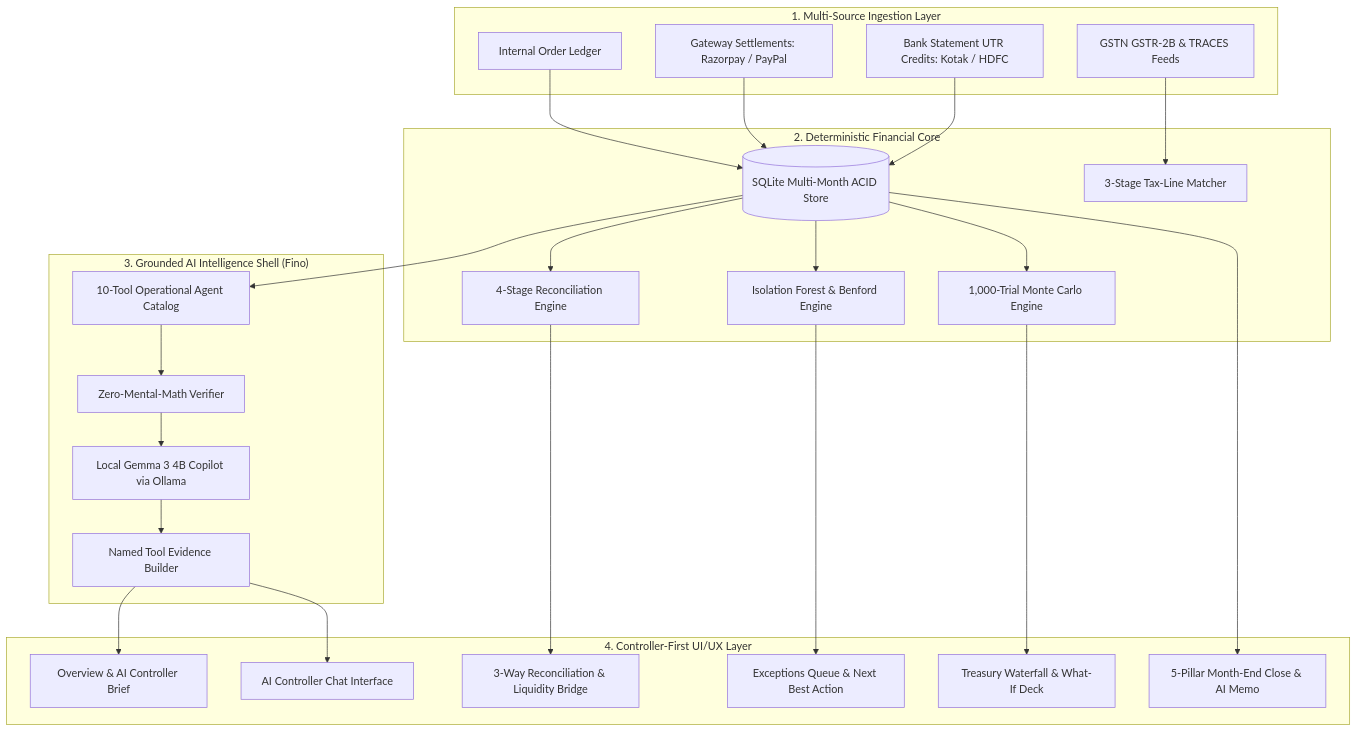
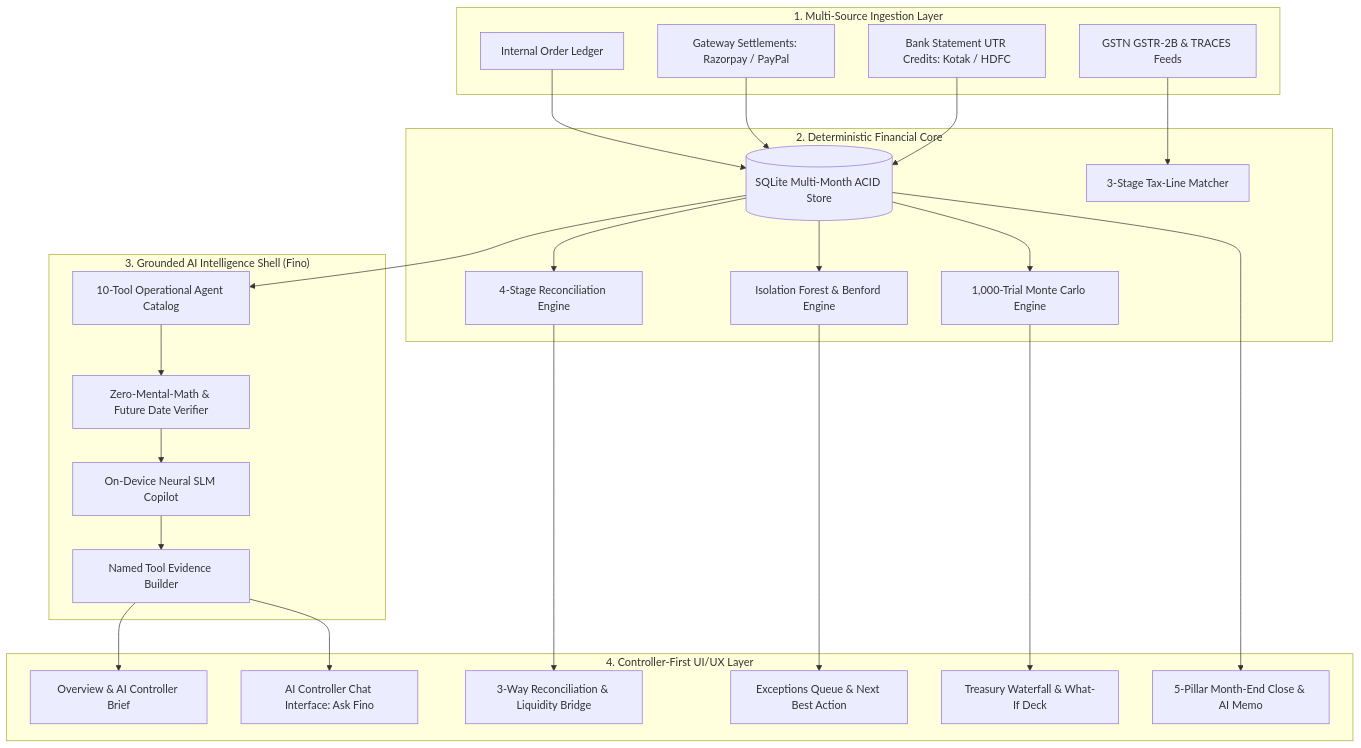
Before and after one commit to sharancode3/Finora: the second of 2 diagrams in README.md, drawn with Mermaid. The commit also changed other lines of this file, not shown here.

Commit message:
docs(readme): polish world-class README with 6-engine AI matrix, closed-loop sequence, mathematical formulations, and 52-point verification protocol

````diff
--- a/README.md
+++ b/README.md
@@ -160,54 +161,54 @@
 ```mermaid
 graph TD
     subgraph Ingestion["1. Multi-Source Ingestion Layer"]
         L[Internal Order Ledger]
         G[Gateway Settlements: Razorpay / PayPal]
         B[Bank Statement UTR Credits: Kotak / HDFC]
         T[GSTN GSTR-2B & TRACES Feeds]
     end
 
     subgraph Core["2. Deterministic Financial Core"]
         SQL[(SQLite Multi-Month ACID Store)]
         M4[4-Stage Reconciliation Engine]
         ANOM[Isolation Forest & Benford Engine]
         MC[1,000-Trial Monte Carlo Engine]
         TAX[3-Stage Tax-Line Matcher]
     end
 
     subgraph Agentic["3. Grounded AI Intelligence Shell (Fino)"]
-        GEMMA[Local Gemma 3 4B Copilot via Ollama]
-        VERIF[Zero-Mental-Math Verifier]
+        SLM[On-Device Neural SLM Copilot]
+        VERIF[Zero-Mental-Math & Future Date Verifier]
         EVID[Named Tool Evidence Builder]
         TOOLS[10-Tool Operational Agent Catalog]
     end
 
     subgraph UI["4. Controller-First UI/UX Layer"]
         DASH[Overview & AI Controller Brief]
-        ASK[AI Controller Chat Interface]
+        ASK[AI Controller Chat Interface: Ask Fino]
         RECON[3-Way Reconciliation & Liquidity Bridge]
         EXC[Exceptions Queue & Next Best Action]
         CASH[Treasury Waterfall & What-If Deck]
         CLOSE[5-Pillar Month-End Close & AI Memo]
     end
 
     L --> SQL
     G --> SQL
     B --> SQL
     T --> TAX
 
     SQL --> M4
     SQL --> ANOM
     SQL --> MC
     SQL --> TOOLS
 
     TOOLS --> VERIF
-    VERIF --> GEMMA
-    GEMMA --> EVID
+    VERIF --> SLM
+    SLM --> EVID
 
     M4 --> RECON
     ANOM --> EXC
     MC --> CASH
     EVID --> DASH
     EVID --> ASK
     SQL --> CLOSE
 ```
````
